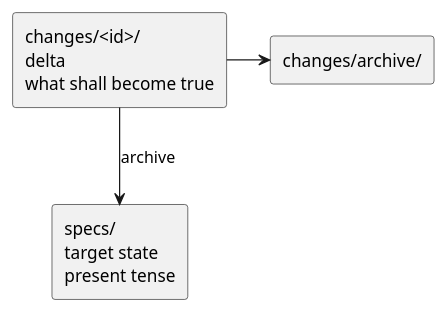
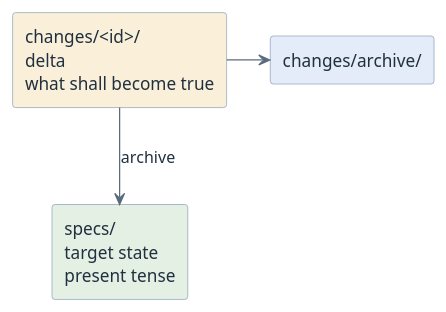
Before and after one commit to htl-leonding-college/curriculum-syp3: the diagram in modules/sdd-openspec-artifacts/questions.adoc, drawn with PlantUML. The commit also changed 65 other files, not shown here.

First line of the commit message:
feat(site): give the diagrams a semantic pastel palette

```diff
--- a/modules/sdd-openspec-artifacts/questions.adoc
+++ b/modules/sdd-openspec-artifacts/questions.adoc
@@ -72,12 +72,15 @@
 [plantuml,q-target-and-delta,svg]
 ----
 @startuml
-skinparam monochrome true
+<style>
+element { BackgroundColor #EDF3FA; LineColor #7C93AD; FontColor #21303F }
+arrow { LineColor #5A6B7D; FontColor #21303F }
+</style>
 skinparam shadowing false
-rectangle "specs/\ntarget state\npresent tense" as S
-rectangle "changes/<id>/\ndelta\nwhat shall become true" as C
-rectangle "changes/archive/" as A
+rectangle "specs/\ntarget state\npresent tense" as S #E4F0E4
+rectangle "changes/<id>/\ndelta\nwhat shall become true" as C #FAF0D9
+rectangle "changes/archive/" as A #E3ECF8
 C -down-> S : archive
 C -right-> A
 @enduml
 ----
```
